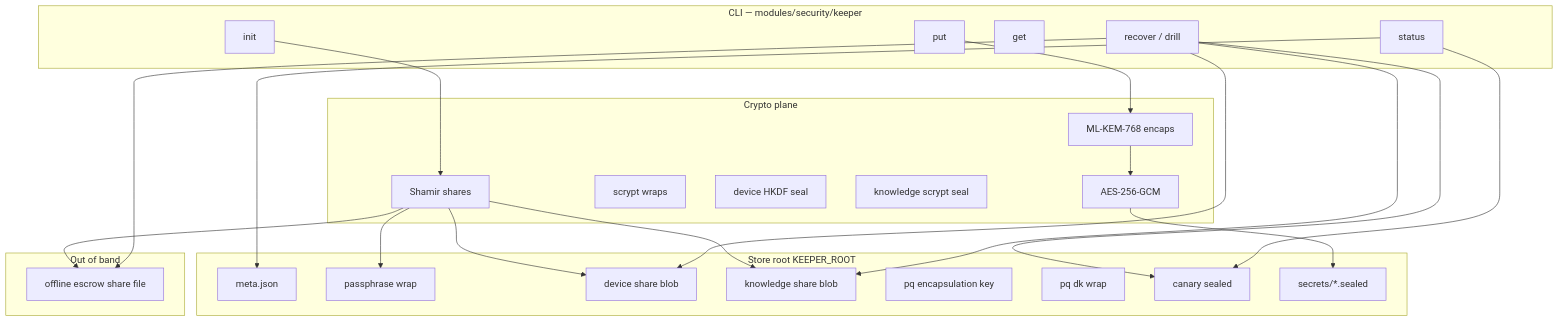
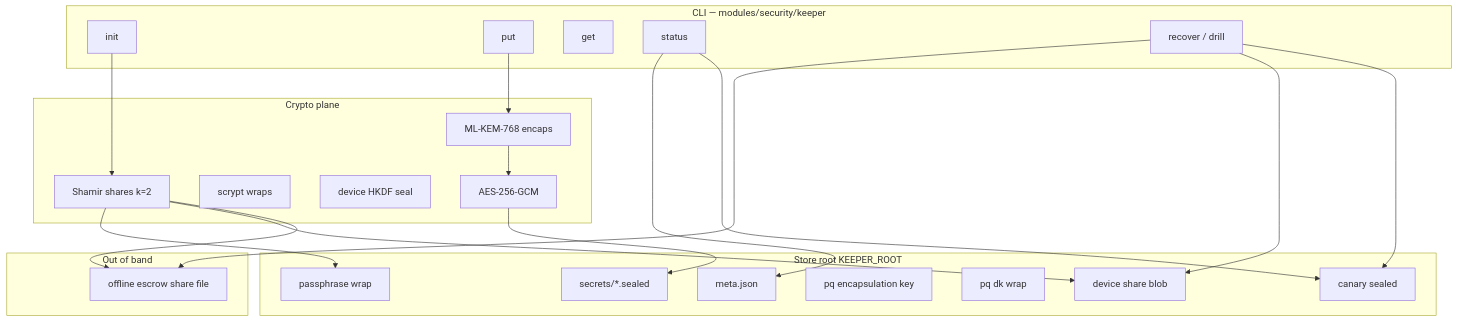
The third of 7 diagrams in arch-design/keeper.md (p10ns11y/arch-machine), drawn with Mermaid before and after one commit. The commit also changed other lines of this file and 14 other files, not shown here.

````diff
--- a/arch-design/keeper.md
+++ b/arch-design/keeper.md
@@ -97,45 +100,41 @@
 ```mermaid
 flowchart TB
   subgraph cli["CLI — modules/security/keeper"]
     Init[init]
     Put[put]
     Get[get]
     Status[status]
     Recover[recover / drill]
   end
   subgraph crypto["Crypto plane"]
-    Shamir[Shamir shares]
+    Shamir[Shamir shares k=2]
     Scrypt[scrypt wraps]
     DevSeal[device HKDF seal]
-    KnowSeal[knowledge scrypt seal]
     PQ[ML-KEM-768 encaps]
     AEAD[AES-256-GCM]
   end
   subgraph disk["Store root KEEPER_ROOT"]
     Meta[meta.json]
     PassW[passphrase wrap]
     DevB[device share blob]
-    KnowB[knowledge share blob]
     PQek[pq encapsulation key]
     PQdk[pq dk wrap]
     Canary[canary sealed]
     Secs[secrets/*.sealed]
   end
   subgraph outband["Out of band"]
     Escrow[offline escrow share file]
   end
   Init --> Shamir
   Shamir --> PassW
   Shamir --> DevB
-  Shamir --> KnowB
   Shamir --> Escrow
   Put --> PQ
   PQ --> AEAD
   AEAD --> Secs
   Recover --> Escrow
   Recover --> DevB
-  Recover --> KnowB
   Recover --> Canary
   Status --> Meta
   Status --> Canary
 ```
````
